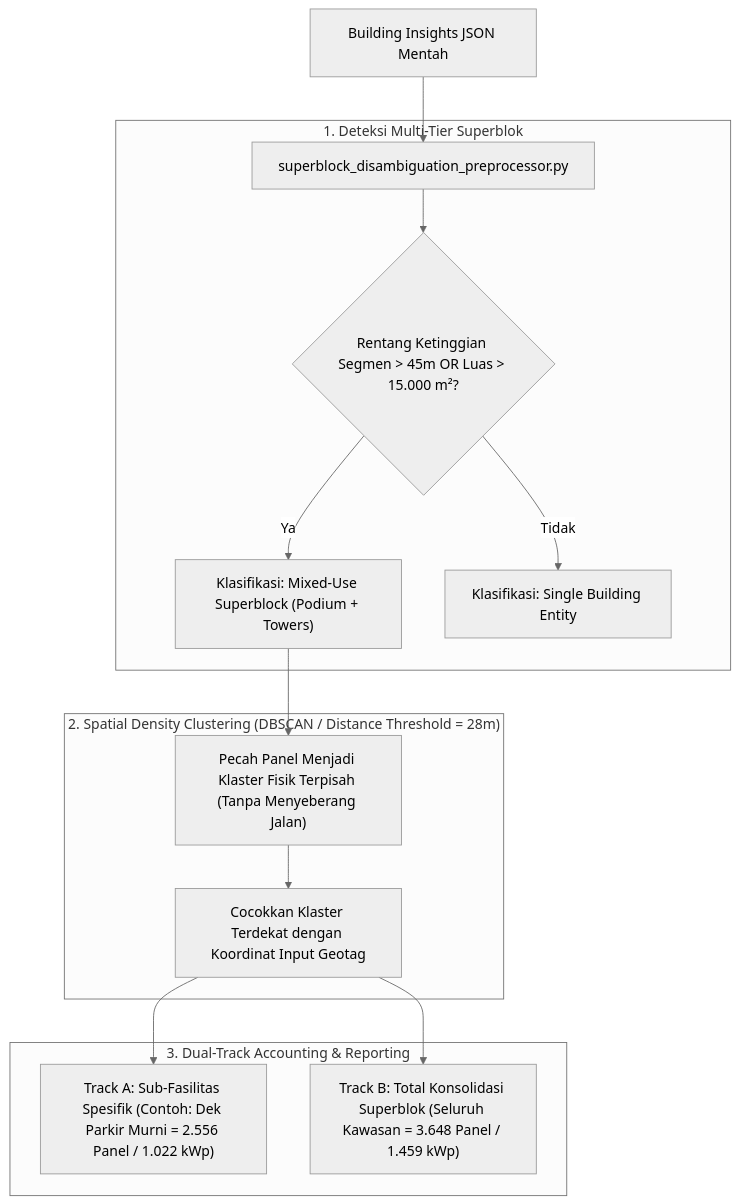
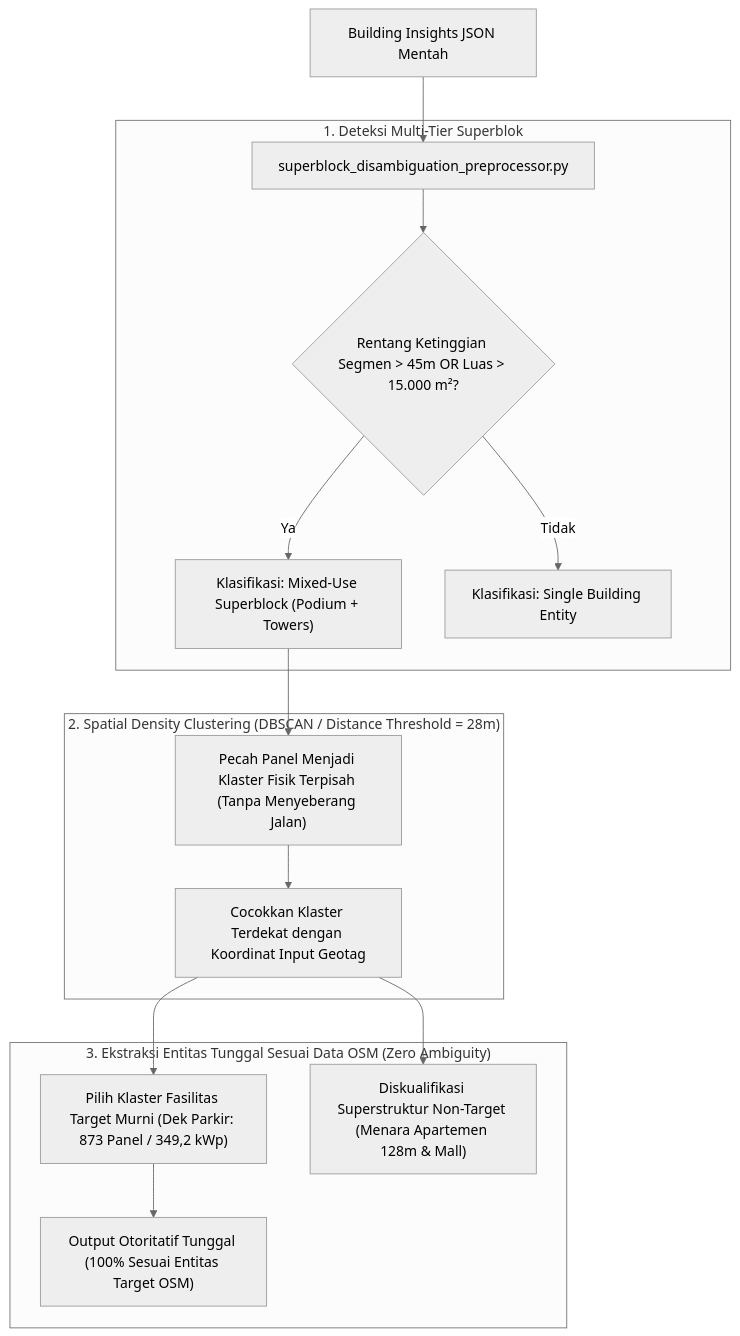
One commit to HenryAi-SIBERMU/SP changed the fourth of 7 diagrams in docs/PLAN-PROOF-OF-WORK-SOLAR-API-JABODETABEK.md. Above: the diagram before and after it, drawn with Mermaid (neutral theme). The commit also changed other lines of this file and 8 other files, not shown here.

Commit message:
fix(pipeline): remove dual options and enforce single-target resolution focused strictly on OSM parking entity

````diff
--- a/docs/PLAN-PROOF-OF-WORK-SOLAR-API-JABODETABEK.md
+++ b/docs/PLAN-PROOF-OF-WORK-SOLAR-API-JABODETABEK.md
@@ -186,20 +186,21 @@
 ```mermaid
 flowchart TD
     RawBI["Building Insights JSON Mentah"] --> Pre["superblock_disambiguation_preprocessor.py"]
     
     subgraph Detection ["1. Deteksi Multi-Tier Superblok"]
         Pre --> HeightDiff{"Rentang Ketinggian Segmen > 45m OR Luas > 15.000 m²?"}
         HeightDiff -->|Ya| Superblock["Klasifikasi: Mixed-Use Superblock (Podium + Towers)"]
         HeightDiff -->|Tidak| Single["Klasifikasi: Single Building Entity"]
     end
     
     subgraph Clustering ["2. Spatial Density Clustering (DBSCAN / Distance Threshold = 28m)"]
         Superblock --> Clust["Pecah Panel Menjadi Klaster Fisik Terpisah (Tanpa Menyeberang Jalan)"]
         Clust --> Match["Cocokkan Klaster Terdekat dengan Koordinat Input Geotag"]
     end
     
-    subgraph Accounting ["3. Dual-Track Accounting & Reporting"]
-        Match --> TrackA["Track A: Sub-Fasilitas Spesifik (Contoh: Dek Parkir Murni = 2.556 Panel / 1.022 kWp)"]
-        Match --> TrackB["Track B: Total Konsolidasi Superblok (Seluruh Kawasan = 3.648 Panel / 1.459 kWp)"]
+    subgraph SingleTarget ["3. Ekstraksi Entitas Tunggal Sesuai Data OSM (Zero Ambiguity)"]
+        Match --> Filter["Pilih Klaster Fasilitas Target Murni (Dek Parkir: 873 Panel / 349,2 kWp)"]
+        Match --> Drop["Diskualifikasi Superstruktur Non-Target (Menara Apartemen 128m & Mall)"]
+        Filter --> FinalOut["Output Otoritatif Tunggal (100% Sesuai Entitas Target OSM)"]
     end
 ```
````
